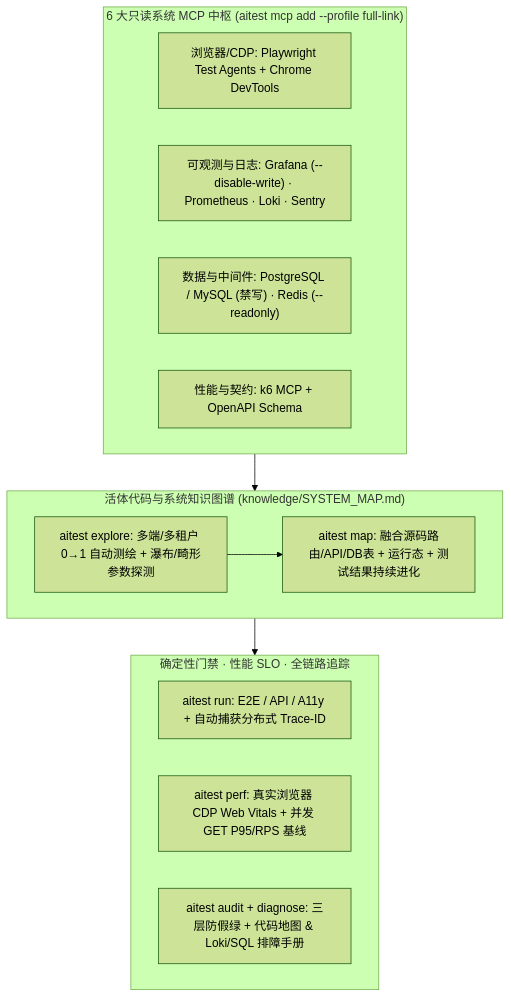
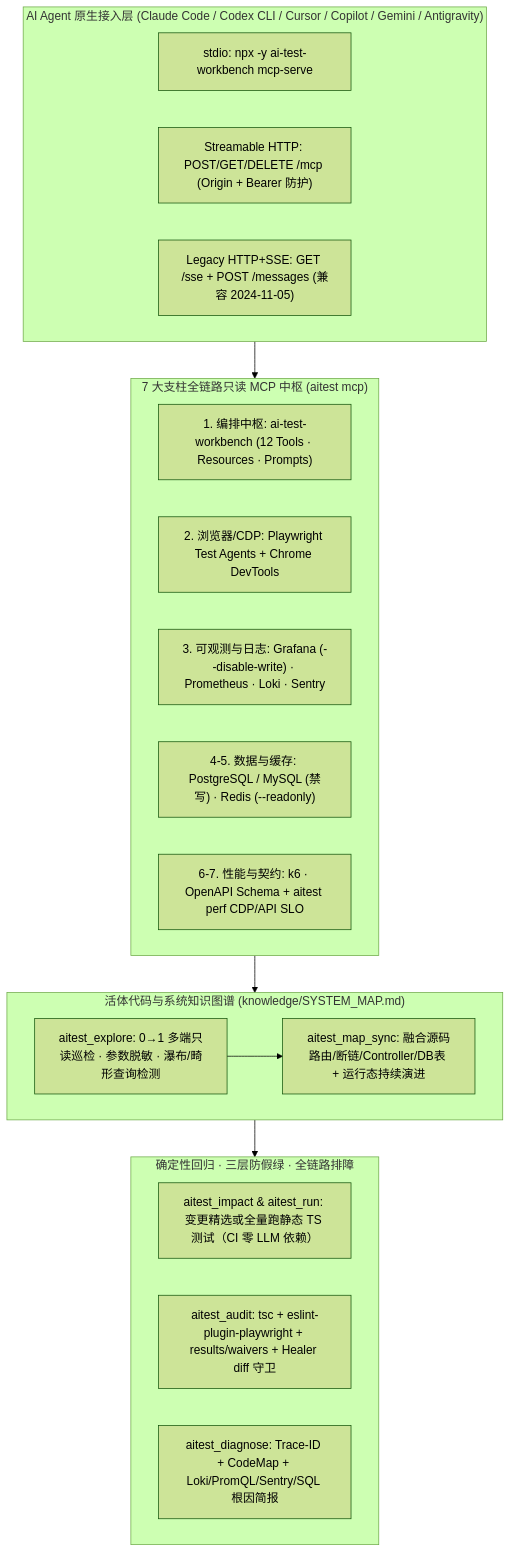
The diagram in README.md (seaworld008/ai-test-workbench), drawn with Mermaid (forest theme) before and after one commit. The commit also changed other lines of this file and 86 other files, not shown here.

Commit message:
feat(v4): AI-Agent-First multi-protocol MCP server & full bilingual docs (v4.0.0)

````diff
--- a/README.md
+++ b/README.md
@@ -35,23 +36,30 @@
 ```mermaid
 flowchart TB
-    subgraph MCP["6 大只读系统 MCP 中枢 (aitest mcp add --profile full-link)"]
-        M1["浏览器/CDP: Playwright Test Agents + Chrome DevTools"]
-        M2["可观测与日志: Grafana (--disable-write) · Prometheus · Loki · Sentry"]
-        M3["数据与中间件: PostgreSQL / MySQL (禁写) · Redis (--readonly)"]
-        M4["性能与契约: k6 MCP + OpenAPI Schema"]
+    subgraph AGENT["AI Agent 原生接入层 (Claude Code / Codex CLI / Cursor / Copilot / Gemini / Antigravity)"]
+        A1["stdio: npx -y ai-test-workbench mcp-serve"]
+        A2["Streamable HTTP: POST/GET/DELETE /mcp (Origin + Bearer 防护)"]
+        A3["Legacy HTTP+SSE: GET /sse + POST /messages (兼容 2024-11-05)"]
+    end
+
+    subgraph HUB["7 大支柱全链路只读 MCP 中枢 (aitest mcp)"]
+        M0["1. 编排中枢: ai-test-workbench (12 Tools · Resources · Prompts)"]
+        M1["2. 浏览器/CDP: Playwright Test Agents + Chrome DevTools"]
+        M2["3. 可观测与日志: Grafana (--disable-write) · Prometheus · Loki · Sentry"]
+        M3["4-5. 数据与缓存: PostgreSQL / MySQL (禁写) · Redis (--readonly)"]
+        M4["6-7. 性能与契约: k6 · OpenAPI Schema + aitest perf CDP/API SLO"]
     end
 
     subgraph BRAIN["活体代码与系统知识图谱 (knowledge/SYSTEM_MAP.md)"]
-        K1["aitest explore: 多端/多租户 0→1 自动测绘 + 瀑布/畸形参数探测"]
-        K2["aitest map: 融合源码路由/API/DB表 + 运行态 + 测试结果持续进化"]
+        K1["aitest_explore: 0→1 多端只读巡检 · 参数脱敏 · 瀑布/畸形查询检测"]
+        K2["aitest_map_sync: 融合源码路由/断链/Controller/DB表 + 运行态持续演进"]
         K1 --> K2
     end
 
-    subgraph RUN["确定性门禁 · 性能 SLO · 全链路追踪"]
-        R1["aitest run: E2E / API / A11y + 自动捕获分布式 Trace-ID"]
-        R2["aitest perf: 真实浏览器 CDP Web Vitals + 并发 GET P95/RPS 基线"]
-        R3["aitest audit + diagnose: 三层防假绿 + 代码地图 & Loki/SQL 排障手册"]
+    subgraph GATE["确定性回归 · 三层防假绿 · 全链路排障"]
+        R1["aitest_impact & aitest_run: 变更精选或全量跑静态 TS 测试（CI 零 LLM 依赖）"]
+        R2["aitest_audit: tsc + eslint-plugin-playwright + results/waivers + Healer diff 守卫"]
+        R3["aitest_diagnose: Trace-ID + CodeMap + Loki/PromQL/Sentry/SQL 根因简报"]
     end
 
-    MCP --> BRAIN --> RUN
+    AGENT --> HUB --> BRAIN --> GATE
 ```
````
